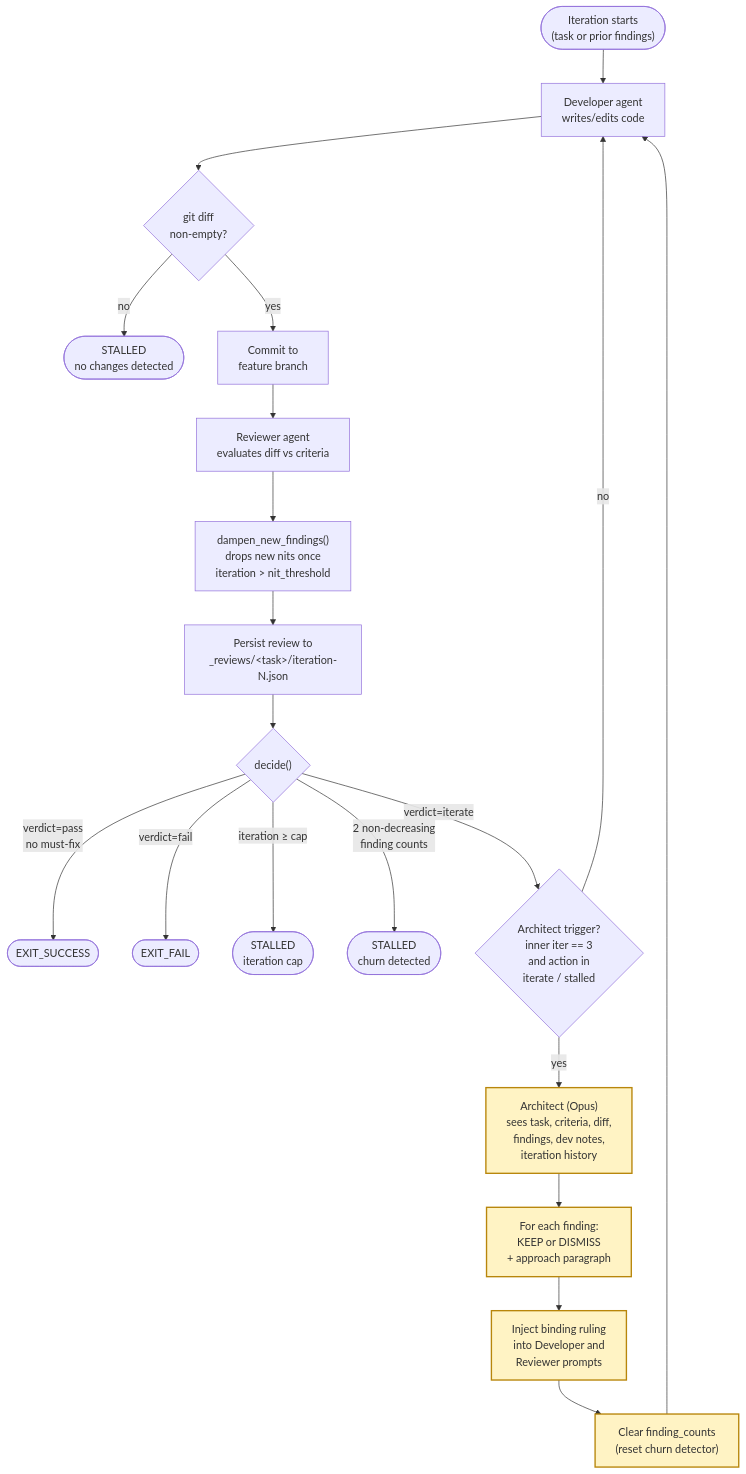
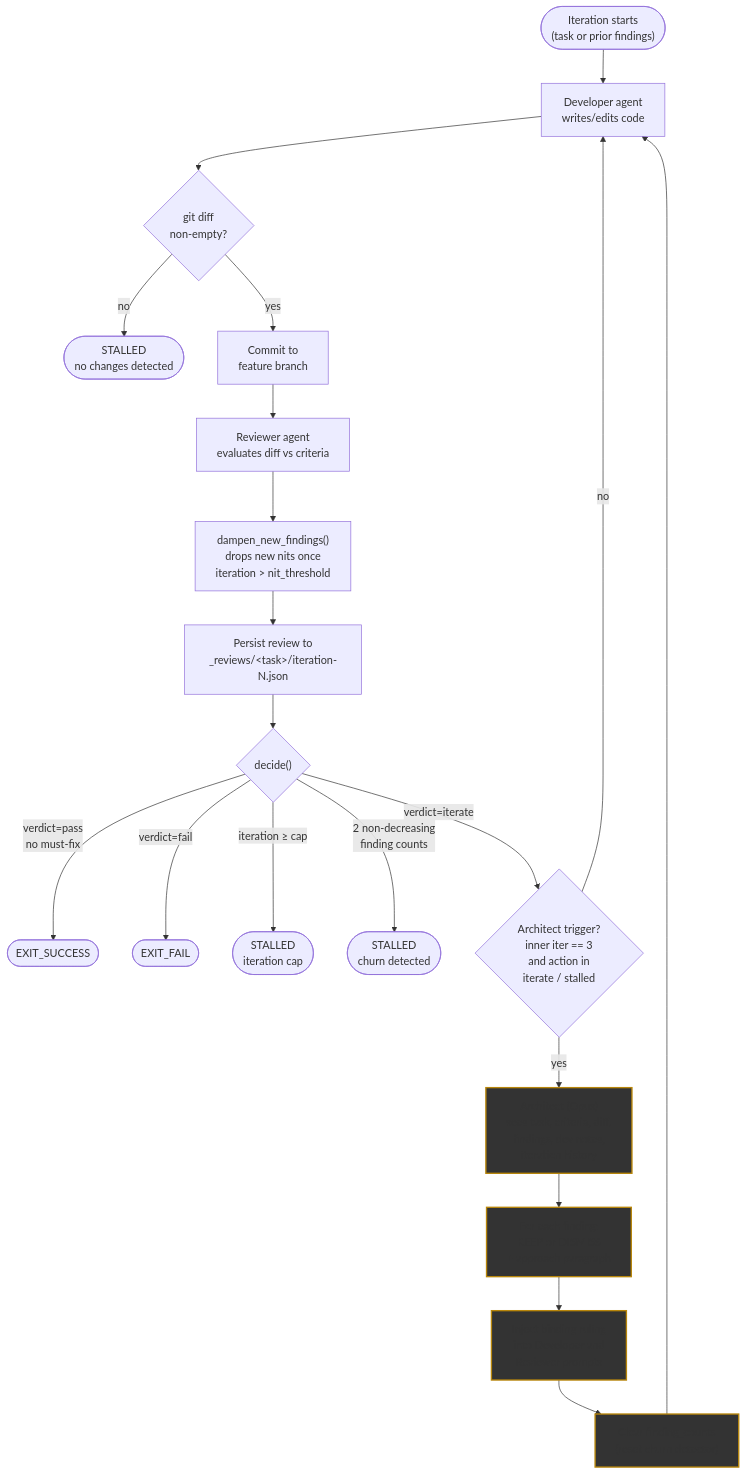
One commit to dakirkwood/sparky-ai changed the second of 2 diagrams in README.md. Above: the diagram before and after it, drawn with Mermaid.

Commit message:
Modified background color in diagram elements.

````diff
--- a/README.md
+++ b/README.md
@@ -73,29 +73,29 @@
 ```mermaid
 flowchart TD
     START(["Iteration starts<br/>(task or prior findings)"]) --> DEV["Developer agent<br/>writes/edits code"]
     DEV --> DIFF{"git diff<br/>non-empty?"}
     DIFF -- no --> STALL1(["STALLED<br/>no changes detected"])
     DIFF -- yes --> COMMIT["Commit to<br/>feature branch"]
     COMMIT --> REVR["Reviewer agent<br/>evaluates diff vs criteria"]
     REVR --> DAMP["dampen_new_findings()<br/>drops new nits once<br/>iteration &gt; nit_threshold"]
     DAMP --> PERSIST["Persist review to<br/>_reviews/&lt;task&gt;/iteration-N.json"]
     PERSIST --> DEC{"decide()"}
 
     DEC -- "verdict=pass<br/>no must-fix" --> PASS(["EXIT_SUCCESS"])
     DEC -- "verdict=fail" --> FAIL(["EXIT_FAIL"])
     DEC -- "iteration &ge; cap" --> STALL2(["STALLED<br/>iteration cap"])
     DEC -- "2 non-decreasing<br/>finding counts" --> STALL3(["STALLED<br/>churn detected"])
     DEC -- "verdict=iterate" --> TRIG{"Architect trigger?<br/>inner iter == 3<br/>and action in<br/>iterate / stalled"}
 
     TRIG -- no --> DEV
     TRIG -- yes --> ARCH["Architect (Opus)<br/>sees task, criteria, diff,<br/>findings, dev notes,<br/>iteration history"]
     ARCH --> RULE["For each finding:<br/>KEEP or DISMISS<br/>+ approach paragraph"]
     RULE --> BIND["Inject binding ruling<br/>into Developer and<br/>Reviewer prompts"]
     BIND --> RESET["Clear finding_counts<br/>(reset churn detector)"]
     RESET --> DEV
 
-    style ARCH fill:#fff3c4,stroke:#b8860b,stroke-width:2px
-    style RULE fill:#fff3c4,stroke:#b8860b,stroke-width:2px
-    style BIND fill:#fff3c4,stroke:#b8860b,stroke-width:2px
-    style RESET fill:#fff3c4,stroke:#b8860b,stroke-width:2px
+    style ARCH fill:#333333,stroke:#b8860b,stroke-width:2px
+    style RULE fill:#333333,stroke:#b8860b,stroke-width:2px
+    style BIND fill:#333333,stroke:#b8860b,stroke-width:2px
+    style RESET fill:#333333,stroke:#b8860b,stroke-width:2px
 ```
````
